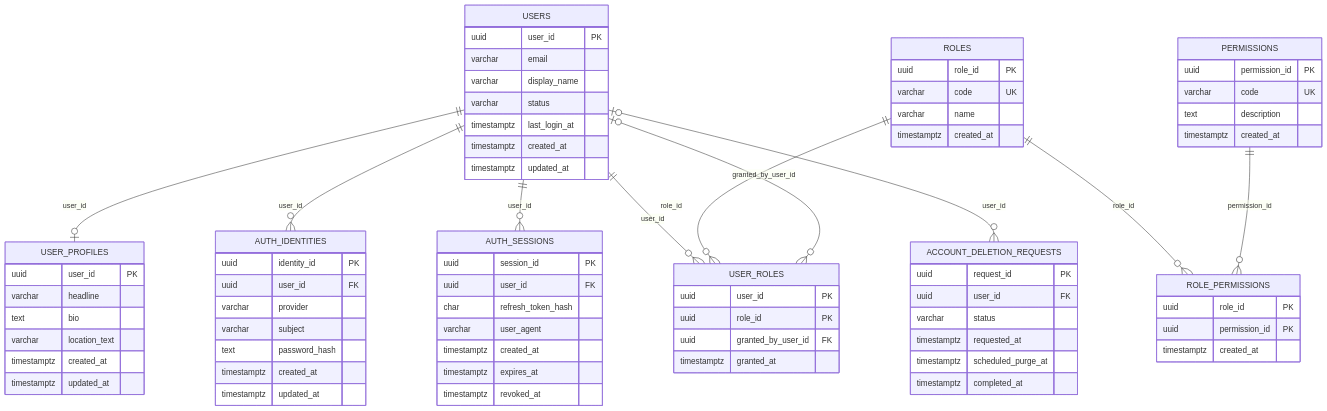
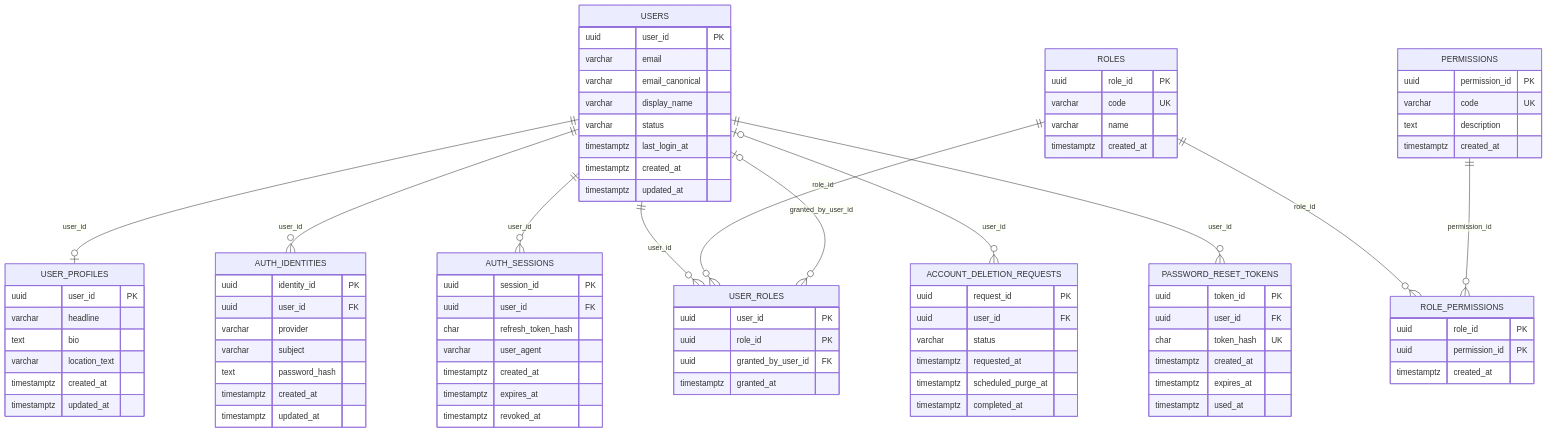
One commit to ai-career-platform/ai-career-platform changed the first of 6 diagrams in database/ERD.md. Above: the diagram before and after it, drawn with Mermaid. The commit also changed other lines of this file and 5 other files, not shown here.

````diff
--- a/database/ERD.md
+++ b/database/ERD.md
@@ -10,6 +10,7 @@
     USERS {
         uuid user_id PK
         varchar email
+        varchar email_canonical
         varchar display_name
         varchar status
         timestamptz last_login_at
@@ -73,6 +74,14 @@
         timestamptz scheduled_purge_at
         timestamptz completed_at
     }
+    PASSWORD_RESET_TOKENS {
+        uuid token_id PK
+        uuid user_id FK
+        char token_hash UK
+        timestamptz created_at
+        timestamptz expires_at
+        timestamptz used_at
+    }
     USERS ||--o| USER_PROFILES : user_id
     USERS ||--o{ AUTH_IDENTITIES : user_id
     USERS ||--o{ AUTH_SESSIONS : user_id
@@ -82,4 +91,5 @@
     ROLES ||--o{ USER_ROLES : role_id
     USERS o|--o{ USER_ROLES : granted_by_user_id
     USERS o|--o{ ACCOUNT_DELETION_REQUESTS : user_id
+    USERS ||--o{ PASSWORD_RESET_TOKENS : user_id
 ```
````
